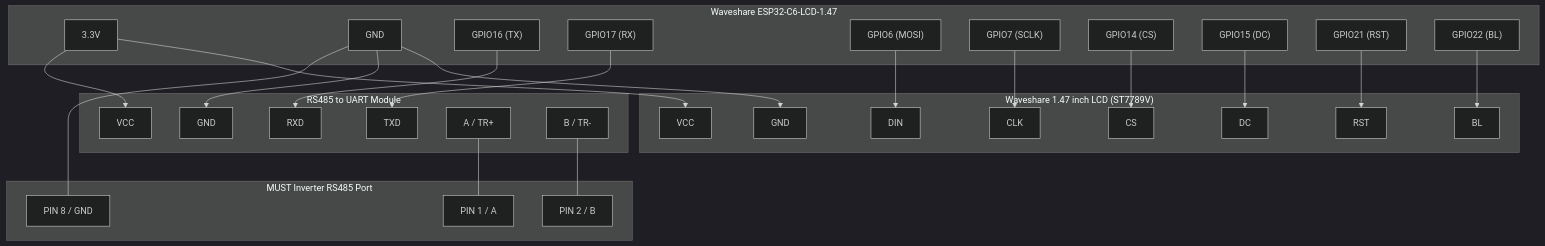
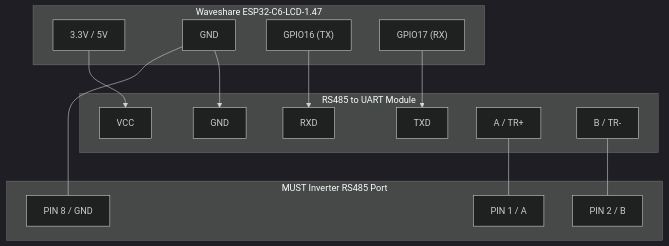
One commit to set-st/esphome-must-inverter changed the diagram in README-must-ph19.md. Above: the diagram before and after it, drawn with Mermaid (dark theme). The commit also changed other lines of this file, not shown here.

````diff
--- a/README-must-ph19.md
+++ b/README-must-ph19.md
@@ -28,62 +33,35 @@
 ```mermaid
 graph TD
     subgraph "Waveshare ESP32-C6-LCD-1.47"
-        3V3["3.3V"]
+        3V3["3.3V / 5V"]
         GND1["GND"]
         G16["GPIO16 (TX)"]
         G17["GPIO17 (RX)"]
-        G6["GPIO6 (MOSI)"]
-        G7["GPIO7 (SCLK)"]
-        G14["GPIO14 (CS)"]
-        G15["GPIO15 (DC)"]
-        G21["GPIO21 (RST)"]
-        G22["GPIO22 (BL)"]
-    end
-
-    subgraph "Waveshare 1.47 inch LCD (ST7789V)"
-        LCD_VCC["VCC"]
-        LCD_GND["GND"]
-        LCD_DIN["DIN"]
-        LCD_CLK["CLK"]
-        LCD_CS["CS"]
-        LCD_DC["DC"]
-        LCD_RST["RST"]
-        LCD_BL["BL"]
     end
 
     subgraph "RS485 to UART Module"
         RS_VCC["VCC"]
         RS_GND["GND"]
         RS_RXD["RXD"]
         RS_TXD["TXD"]
         RS_A["A / TR+"]
         RS_B["B / TR-"]
     end
 
     subgraph "MUST Inverter RS485 Port"
         INV_A["PIN 1 / A"]
         INV_B["PIN 2 / B"]
         INV_GND["PIN 8 / GND"]
     end
 
-    %% LCD Connections
-    3V3 --> LCD_VCC
-    GND1 --> LCD_GND
-    G6 --> LCD_DIN
-    G7 --> LCD_CLK
-    G14 --> LCD_CS
-    G15 --> LCD_DC
-    G21 --> LCD_RST
-    G22 --> LCD_BL
-
-    %% RS485 Connections
+    %% RS485 Power & Data
     3V3 --> RS_VCC
     GND1 --> RS_GND
     G16 --> RS_RXD
     G17 --> RS_TXD
 
     %% Modbus to Inverter
     RS_A --- INV_A
     RS_B --- INV_B
     GND1 --- INV_GND
 ```
````
